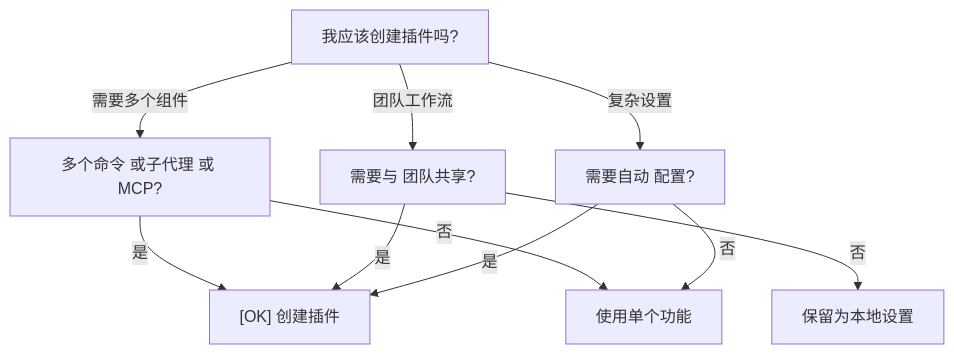
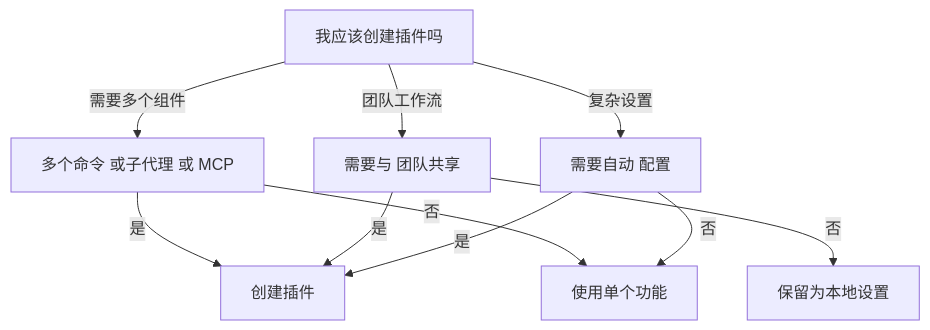
One commit to Rx782-Fss/claude-howto-zh changed diagram 26 of 31 in claude_concepts_guide.md. Above: the diagram before and after it, drawn with Mermaid. The commit also changed other lines of this file and 104 other files, not shown here.

````diff
--- a/claude_concepts_guide.md
+++ b/claude_concepts_guide.md
@@ -2483,13 +2466,13 @@
 ```mermaid
 graph TD
-    A["我应该创建插件吗?"]
-    A -->|需要多个组件| B["多个命令 或子代理 或 MCP?"]
-    B -->|是| C["[OK] 创建插件"]
+    A["我应该创建插件吗"]
+    A -->|需要多个组件| B["多个命令 或子代理 或 MCP"]
+    B -->|是| C[" 创建插件"]
     B -->|否| D["使用单个功能"]
-    A -->|团队工作流| E["需要与 团队共享?"]
+    A -->|团队工作流| E["需要与 团队共享"]
     E -->|是| C
     E -->|否| F["保留为本地设置"]
-    A -->|复杂设置| G["需要自动 配置?"]
+    A -->|复杂设置| G["需要自动 配置"]
     G -->|是| C
     G -->|否| D
 ```
````
